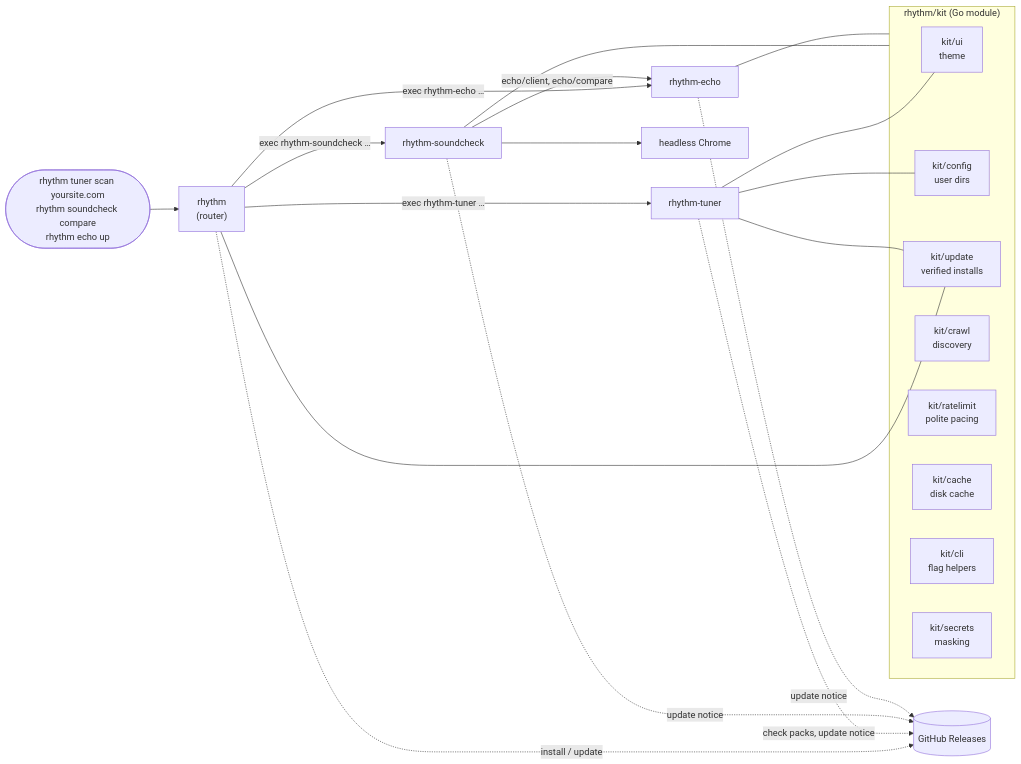
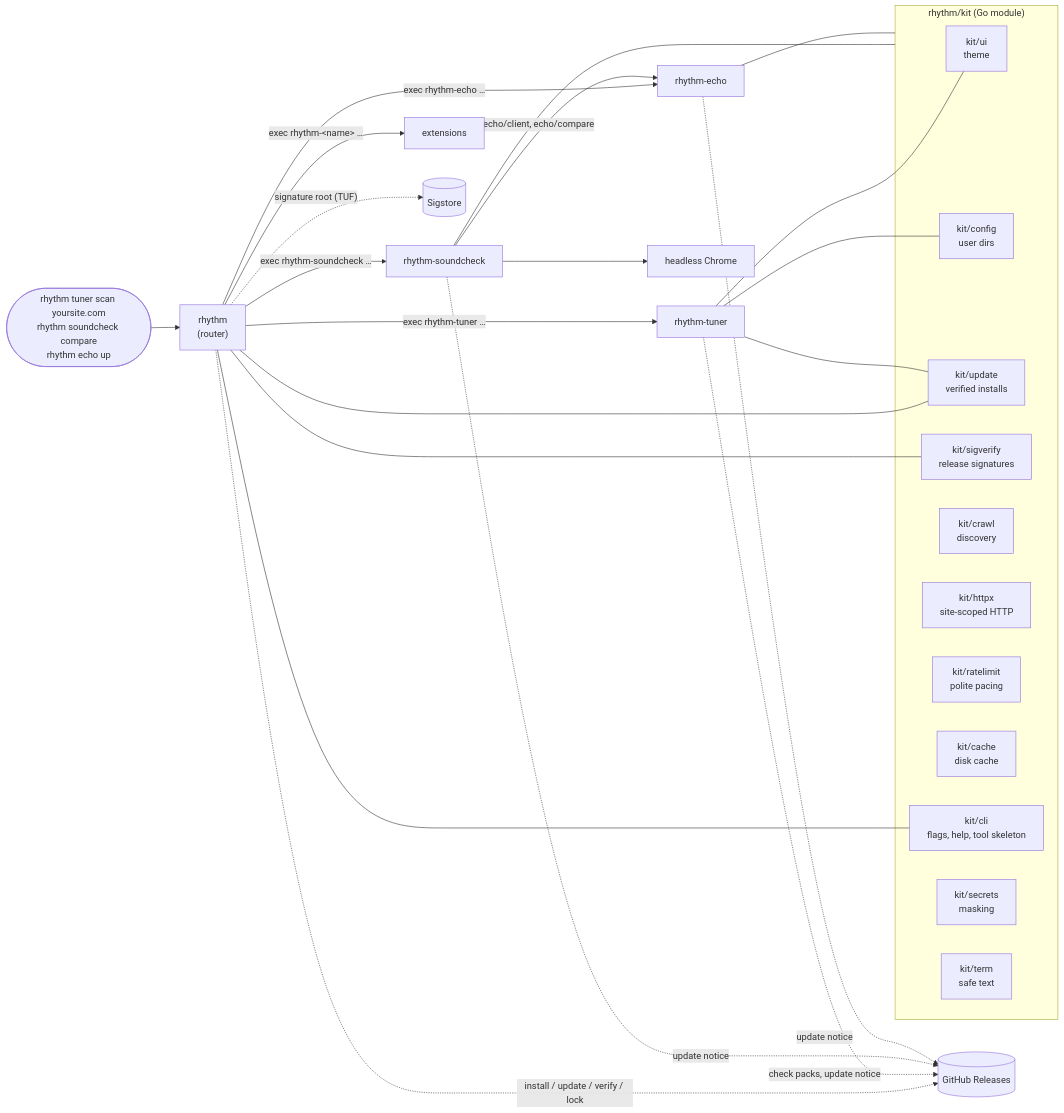
Before and after one commit to RhythmShahriar/rhythm: the first of 5 diagrams in wiki/Architecture.md, drawn with Mermaid. The commit also changed other lines of this file, not shown here.

Commit message:
docs(wiki): describe the router, its registry and every kit package

````diff
--- a/wiki/Architecture.md
+++ b/wiki/Architecture.md
@@ -5,29 +5,36 @@
 ```mermaid
 flowchart LR
   user(["rhythm tuner scan yoursite.com<br/>rhythm soundcheck compare<br/>rhythm echo up"]) --> router["rhythm<br/>(router)"]
   router -- "exec rhythm-tuner …" --> tuner["rhythm-tuner"]
   router -- "exec rhythm-soundcheck …" --> sc["rhythm-soundcheck"]
   router -- "exec rhythm-echo …" --> echo["rhythm-echo"]
-  router -. "install / update" .-> gh[("GitHub Releases")]
+  router -- "exec rhythm-&lt;name&gt; …" --> ext["extensions"]
+  router -. "install / update / verify / lock" .-> gh[("GitHub Releases")]
+  router -. "signature root (TUF)" .-> sigstore[("Sigstore")]
   tuner -. "check packs, update notice" .-> gh
   sc -. "update notice" .-> gh
   echo -. "update notice" .-> gh
   sc --> chrome["headless Chrome"]
   sc -- "echo/client, echo/compare" --> echo
   subgraph kit ["rhythm/kit (Go module)"]
     ui["kit/ui<br/>theme"]
     config["kit/config<br/>user dirs"]
     update["kit/update<br/>verified installs"]
+    sigverify["kit/sigverify<br/>release signatures"]
     crawl["kit/crawl<br/>discovery"]
+    httpx["kit/httpx<br/>site-scoped HTTP"]
     rl["kit/ratelimit<br/>polite pacing"]
     cache["kit/cache<br/>disk cache"]
-    cli["kit/cli<br/>flag helpers"]
+    cli["kit/cli<br/>flags, help, tool skeleton"]
     secrets["kit/secrets<br/>masking"]
+    term["kit/term<br/>safe text"]
   end
   router --- update
+  router --- sigverify
+  router --- cli
   tuner --- ui
   tuner --- config
   tuner --- update
   sc --- kit
   echo --- kit
 ```
````
